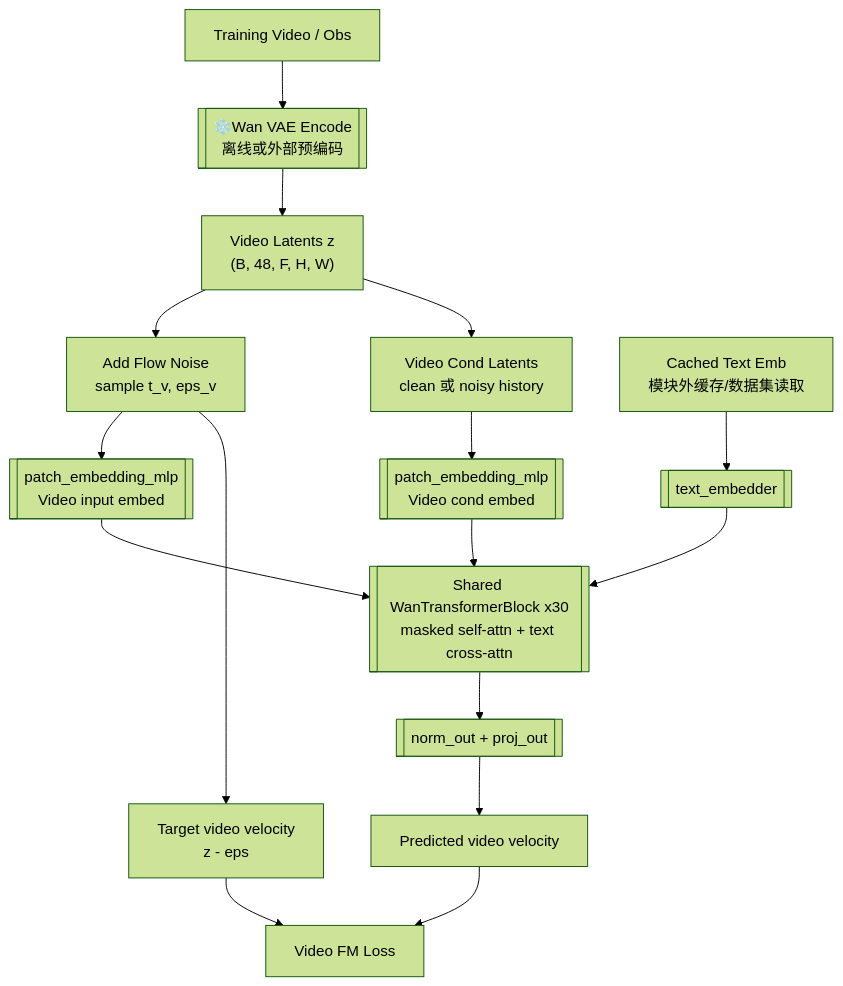
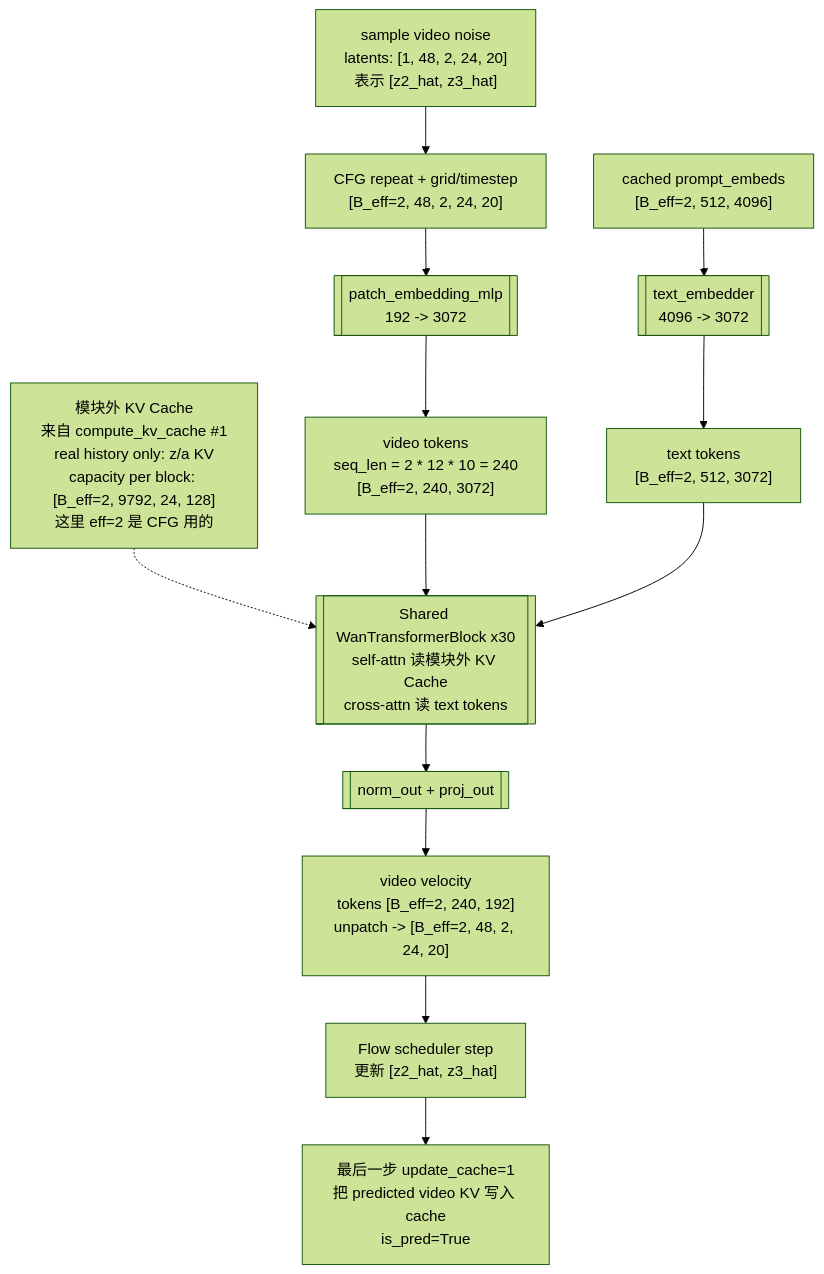
Before and after one commit to julyfun/how-to: the second of 6 diagrams in papers/papers-batch-1.md, drawn with Mermaid (forest theme). The commit also changed other lines of this file, not shown here.

````diff
--- a/papers/papers-batch-1.md
+++ b/papers/papers-batch-1.md
@@ -105,18 +109,15 @@
 ```mermaid
 flowchart TD
-    vraw["Training Video / Obs"] --> vae[["❄️Wan VAE Encode<br/>离线或外部预编码"]]
-    vae --> vdata["Video Latents z<br/>(B, 48, F, H, W)"]
-    vdata --> vnoise["Add Flow Noise<br/>sample t_v, eps_v"]
-    vdata --> vcond["Video Cond Latents<br/>clean 或 noisy history"]
-    vnoise --> vemb[["patch_embedding_mlp<br/>Video input embed"]]
-    vcond --> vcemb[["patch_embedding_mlp<br/>Video cond embed"]]
-    prompt["Cached Text Emb<br/>模块外缓存/数据集读取"] --> textproj[["text_embedder"]]
-    vemb --> blocks[["Shared WanTransformerBlock x30<br/>masked self-attn + text cross-attn"]]
-    vcemb --> blocks
-    textproj --> blocks
-    blocks --> vhead[["norm_out + proj_out"]]
-    vhead --> vpred["Predicted video velocity"]
-    vnoise --> vtgt["Target video velocity<br/>z - eps"]
-    vpred --> vloss["Video FM Loss"]
-    vtgt --> vloss
+    cache["模块外 KV Cache<br/>来自 compute_kv_cache #1<br/>real history only: z/a KV<br/>capacity per block: [B_eff=2, 9792, 24, 128]<br/>这里 eff=2 是 CFG 用的"] -.-> attn
+    noise_z["sample video noise<br/>latents: [1, 48, 2, 24, 20]<br/>表示 [z2_hat, z3_hat]"] --> prep["CFG repeat + grid/timestep<br/>[B_eff=2, 48, 2, 24, 20]"]
+    prep --> vemb[["patch_embedding_mlp<br/>192 -> 3072"]]
+    vemb --> vt["video tokens<br/>seq_len = 2 * 12 * 10 = 240<br/>[B_eff=2, 240, 3072]"]
+    prompt["cached prompt_embeds<br/>[B_eff=2, 512, 4096]"] --> textproj[["text_embedder<br/>4096 -> 3072"]]
+    textproj --> txt["text tokens<br/>[B_eff=2, 512, 3072]"]
+    vt --> attn[["Shared WanTransformerBlock x30<br/>self-attn 读模块外 KV Cache<br/>cross-attn 读 text tokens"]]
+    txt --> attn
+    attn --> vhead[["norm_out + proj_out"]]
+    vhead --> vvel["video velocity<br/>tokens [B_eff=2, 240, 192]<br/>unpatch -> [B_eff=2, 48, 2, 24, 20]"]
+    vvel --> sched["Flow scheduler step<br/>更新 [z2_hat, z3_hat]"]
+    sched --> predcache["最后一步 update_cache=1<br/>把 predicted video KV 写入 cache<br/>is_pred=True"]
 ```
````
